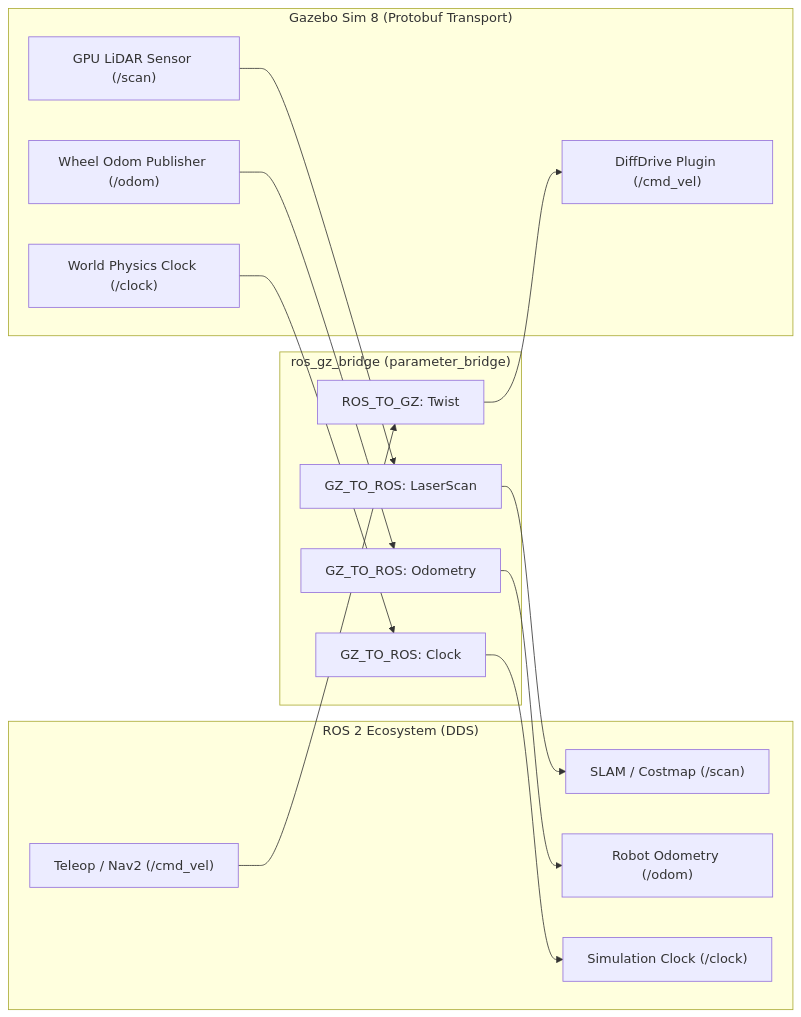
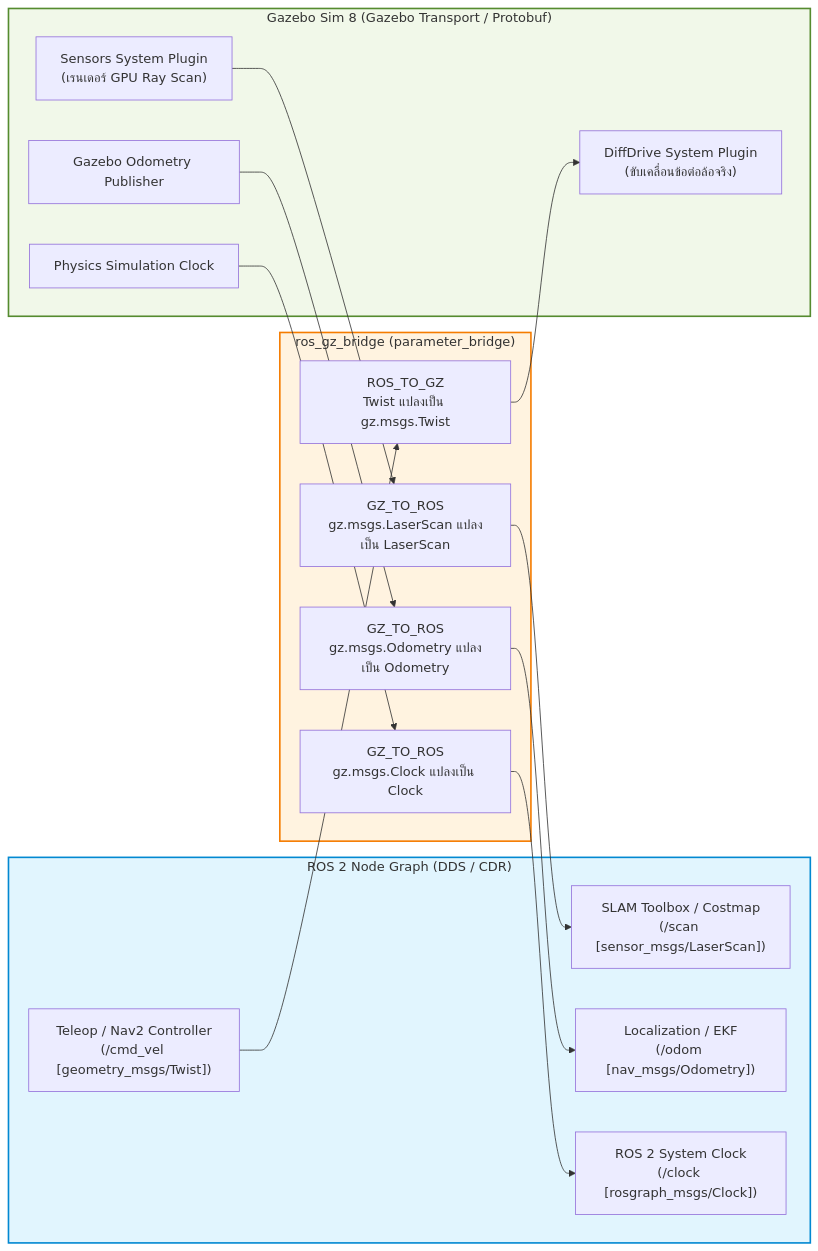
Before and after one commit to alfaXphoori/ros2: the first of 2 diagrams in Essential_ROS/Week_11_Actuators_Sensors_Bridge/Readme.md, drawn with Mermaid. The commit also changed other lines of this file and 15 other files, not shown here.

````diff
--- a/Essential_ROS/Week_11_Actuators_Sensors_Bridge/Readme.md
+++ b/Essential_ROS/Week_11_Actuators_Sensors_Bridge/Readme.md
@@ -33,28 +35,32 @@
 ```mermaid
 flowchart LR
-    subgraph ROS2Stack ["ROS 2 Ecosystem (DDS)"]
-        Nav2Cmd["Teleop / Nav2 (/cmd_vel)"]
-        ROSScan["SLAM / Costmap (/scan)"]
-        ROSOdom["Robot Odometry (/odom)"]
-        ROSClock["Simulation Clock (/clock)"]
+    subgraph ROS2_Stack ["ROS 2 Node Graph (DDS / CDR)"]
+        Teleop["Teleop / Nav2 Controller<br/>(/cmd_vel [geometry_msgs/Twist])"]
+        SLAM["SLAM Toolbox / Costmap<br/>(/scan [sensor_msgs/LaserScan])"]
+        OdomNode["Localization / EKF<br/>(/odom [nav_msgs/Odometry])"]
+        SimTime["ROS 2 System Clock<br/>(/clock [rosgraph_msgs/Clock])"]
     end
 
-    subgraph Bridge ["ros_gz_bridge (parameter_bridge)"]
-        B1["ROS_TO_GZ: Twist"]
-        B2["GZ_TO_ROS: LaserScan"]
-        B3["GZ_TO_ROS: Odometry"]
-        B4["GZ_TO_ROS: Clock"]
+    subgraph Bridge_Layer ["ros_gz_bridge (parameter_bridge)"]
+        B_Vel["ROS_TO_GZ<br/>Twist แปลงเป็น gz.msgs.Twist"]
+        B_Scan["GZ_TO_ROS<br/>gz.msgs.LaserScan แปลงเป็น LaserScan"]
+        B_Odom["GZ_TO_ROS<br/>gz.msgs.Odometry แปลงเป็น Odometry"]
+        B_Clock["GZ_TO_ROS<br/>gz.msgs.Clock แปลงเป็น Clock"]
     end
 
-    subgraph GazeboSim ["Gazebo Sim 8 (Protobuf Transport)"]
-        GZDiffDrive["DiffDrive Plugin (/cmd_vel)"]
-        GZLiDAR["GPU LiDAR Sensor (/scan)"]
-        GZOdom["Wheel Odom Publisher (/odom)"]
-        GZClock["World Physics Clock (/clock)"]
+    subgraph Gazebo_Stack ["Gazebo Sim 8 (Gazebo Transport / Protobuf)"]
+        GZ_DiffDrive["DiffDrive System Plugin<br/>(ขับเคลื่อนข้อต่อล้อจริง)"]
+        GZ_LiDAR["Sensors System Plugin<br/>(เรนเดอร์ GPU Ray Scan)"]
+        GZ_OdomPub["Gazebo Odometry Publisher"]
+        GZ_WorldClock["Physics Simulation Clock"]
     end
 
-    Nav2Cmd --> B1 --> GZDiffDrive
-    GZLiDAR --> B2 --> ROSScan
-    GZOdom --> B3 --> ROSOdom
-    GZClock --> B4 --> ROSClock
+    Teleop --> B_Vel --> GZ_DiffDrive
+    GZ_LiDAR --> B_Scan --> SLAM
+    GZ_OdomPub --> B_Odom --> OdomNode
+    GZ_WorldClock --> B_Clock --> SimTime
+
+    style ROS2_Stack fill:#e1f5fe,stroke:#0288d1,stroke-width:2px
+    style Bridge_Layer fill:#fff3e0,stroke:#f57c00,stroke-width:2px
+    style Gazebo_Stack fill:#f1f8e9,stroke:#558b2f,stroke-width:2px
 ```
````
